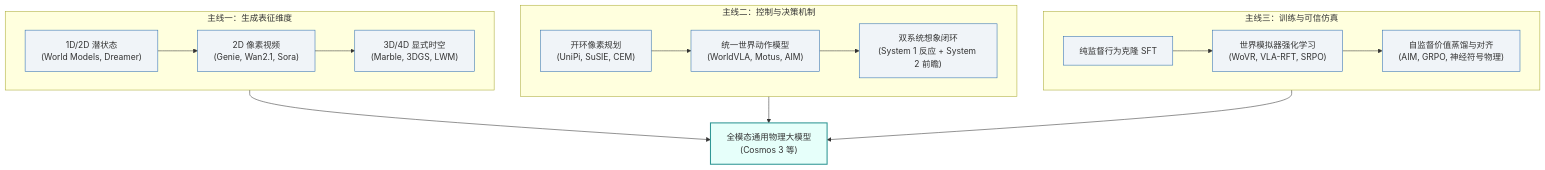
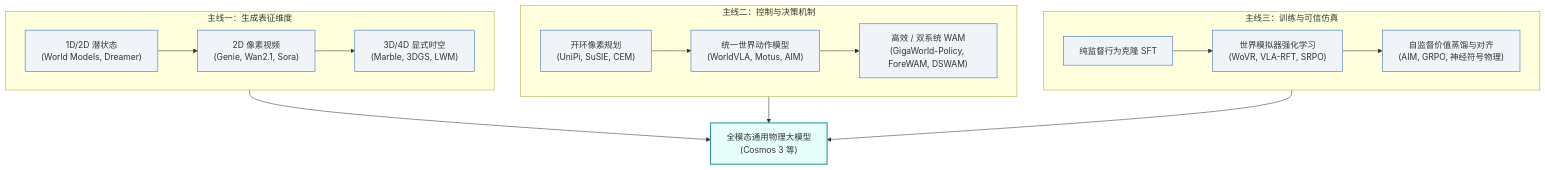
One commit to TingdeLiu/tingdeliu.github.io changed diagram 11 of 11 in _posts/research/2026-04-16-World-Models-Survey.md. Above: the diagram before and after it, drawn with Mermaid. The commit also changed other lines of this file and 2 other files, not shown here.

First line of the commit message:
docs(world-models): add late-2026 advances and tighten Marble & Atlas

````diff
--- a/_posts/research/2026-04-16-World-Models-Survey.md
+++ b/_posts/research/2026-04-16-World-Models-Survey.md
@@ -2655,26 +2604,26 @@
 ```mermaid
 flowchart TD
     subgraph Track1["主线一：生成表征维度"]
         T1_1["1D/2D 潜状态<br/>(World Models, Dreamer)"] --> T1_2["2D 像素视频<br/>(Genie, Wan2.1, Sora)"]
         T1_2 --> T1_3["3D/4D 显式时空<br/>(Marble, 3DGS, LWM)"]
     end
 
     subgraph Track2["主线二：控制与决策机制"]
         T2_1["开环像素规划<br/>(UniPi, SuSIE, CEM)"] --> T2_2["统一世界动作模型<br/>(WorldVLA, Motus, AIM)"]
-        T2_2 --> T2_3["双系统想象闭环<br/>(System 1 反应 + System 2 前瞻)"]
+        T2_2 --> T2_3["高效 / 双系统 WAM<br/>(GigaWorld-Policy, ForeWAM, DSWAM)"]
     end
 
     subgraph Track3["主线三：训练与可信仿真"]
         T3_1["纯监督行为克隆 SFT"] --> T3_2["世界模拟器强化学习<br/>(WoVR, VLA-RFT, SRPO)"]
         T3_2 --> T3_3["自监督价值蒸馏与对齐<br/>(AIM, GRPO, 神经符号物理)"]
     end
 
     Track1 --> Convergence["全模态通用物理大模型<br/>(Cosmos 3 等)"]
     Track2 --> Convergence
     Track3 --> Convergence
 
     classDef stage fill:#f0f4f8,stroke:#2b6cb0,stroke-width:1px;
     classDef target fill:#e6fffa,stroke:#319795,stroke-width:2px;
     class T1_1,T1_2,T1_3,T2_1,T2_2,T2_3,T3_1,T3_2,T3_3 stage;
     class Convergence target;
 ```
````
